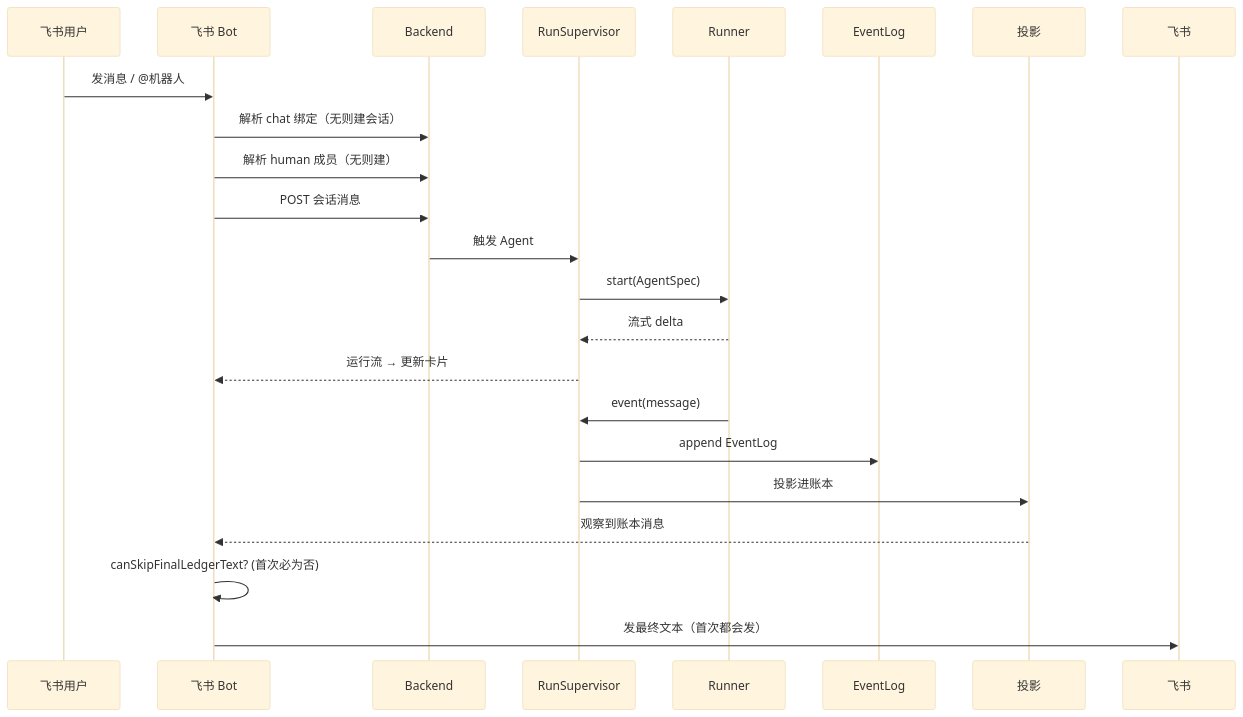
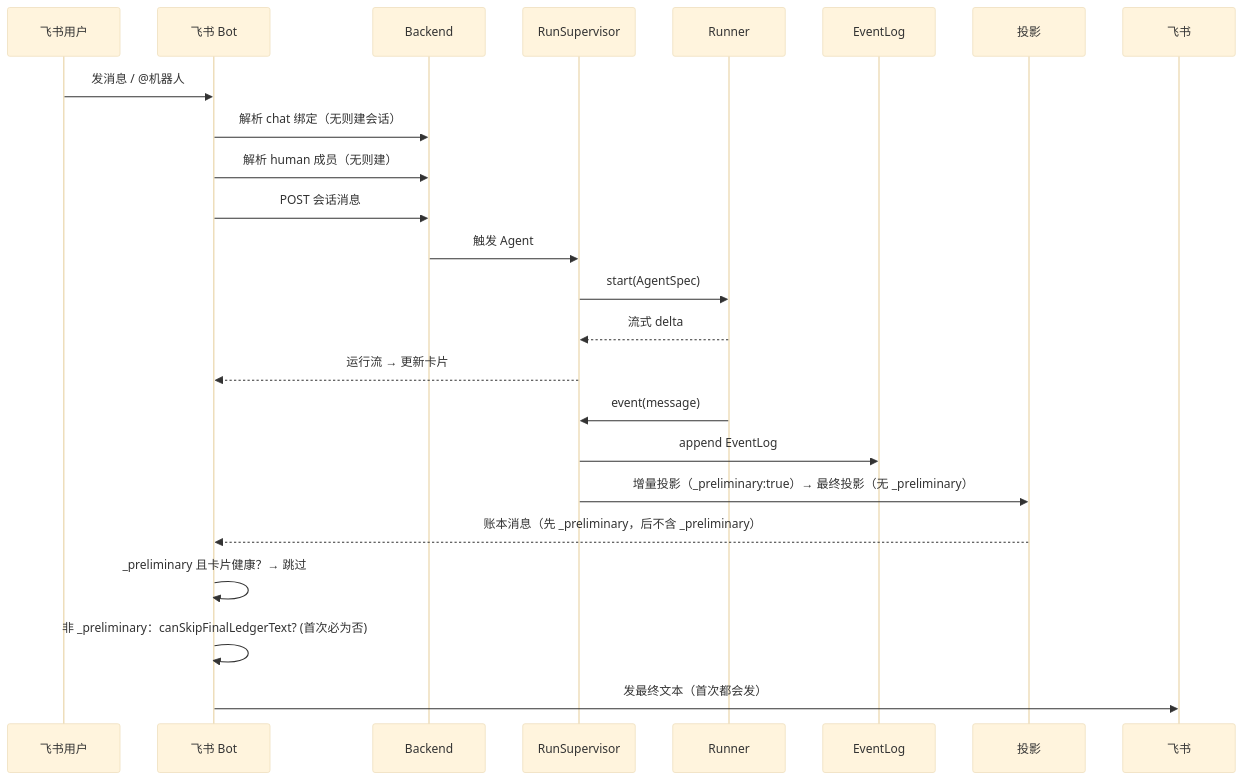
One commit to Chengchcc/my-agent-team changed the diagram in docs/architecture/flows/e2e-lark-message.md. Above: the diagram before and after it, drawn with Mermaid (base theme). The commit also changed other lines of this file and 8 other files, not shown here.

First line of the commit message:
docs: fix architecture docs to match code reality

````diff
--- a/docs/architecture/flows/e2e-lark-message.md
+++ b/docs/architecture/flows/e2e-lark-message.md
@@ -20,26 +20,27 @@
 ```mermaid
 sequenceDiagram
   participant U as 飞书用户
   participant Bot as 飞书 Bot
   participant B as Backend
   participant S as RunSupervisor
   participant D as Runner
   participant E as EventLog
   participant P as 投影
   participant L as 飞书
 
   U->>Bot: 发消息 / @机器人
   Bot->>B: 解析 chat 绑定（无则建会话）
   Bot->>B: 解析 human 成员（无则建）
   Bot->>B: POST 会话消息
   B->>S: 触发 Agent
   S->>D: start(AgentSpec)
   D-->>S: 流式 delta
   S-->>Bot: 运行流 → 更新卡片
   D->>S: event(message)
   S->>E: append EventLog
-  S->>P: 投影进账本
-  P-->>Bot: 观察到账本消息
-  Bot->>Bot: canSkipFinalLedgerText? (首次必为否)
+  S->>P: 增量投影（_preliminary:true）→ 最终投影（无 _preliminary）
+  P-->>Bot: 账本消息（先 _preliminary，后不含 _preliminary）
+  Bot->>Bot: _preliminary 且卡片健康？→ 跳过
+  Bot->>Bot: 非 _preliminary：canSkipFinalLedgerText? (首次必为否)
   Bot->>L: 发最终文本（首次都会发）
 ```
````
